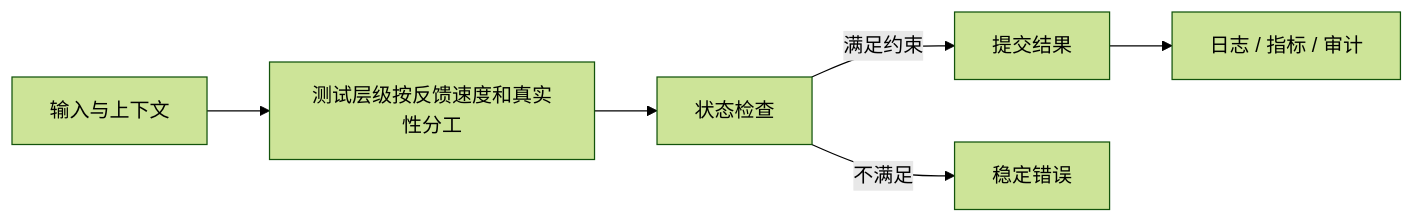
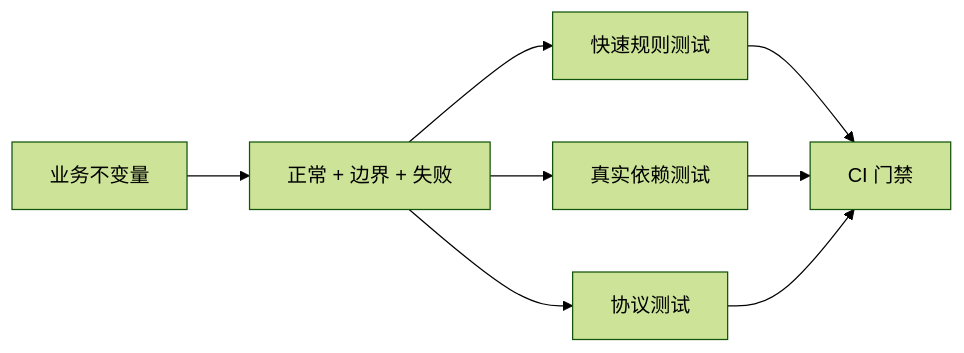
Before and after one commit to upJiang/jiang-blog-vitepress: the diagram in docs/backend/backend-test-pyramid-fixtures.md, drawn with Mermaid (forest theme). The commit also changed other lines of this file and 341 other files, not shown here.

````diff
--- a/docs/backend/backend-test-pyramid-fixtures.md
+++ b/docs/backend/backend-test-pyramid-fixtures.md
@@ -34,8 +76,10 @@
 ```mermaid
 flowchart LR
-  A[输入与上下文] --> B[测试层级按反馈速度和真实性分工]
-  B --> C[状态检查]
-  C -->|满足约束| D[提交结果]
-  C -->|不满足| E[稳定错误]
-  D --> F[日志 / 指标 / 审计]
+  RULE[业务不变量] --> CASES[正常 + 边界 + 失败]
+  CASES --> UNIT[快速规则测试]
+  CASES --> INT[真实依赖测试]
+  CASES --> CONTRACT[协议测试]
+  UNIT --> CI[CI 门禁]
+  INT --> CI
+  CONTRACT --> CI
 ```
````
